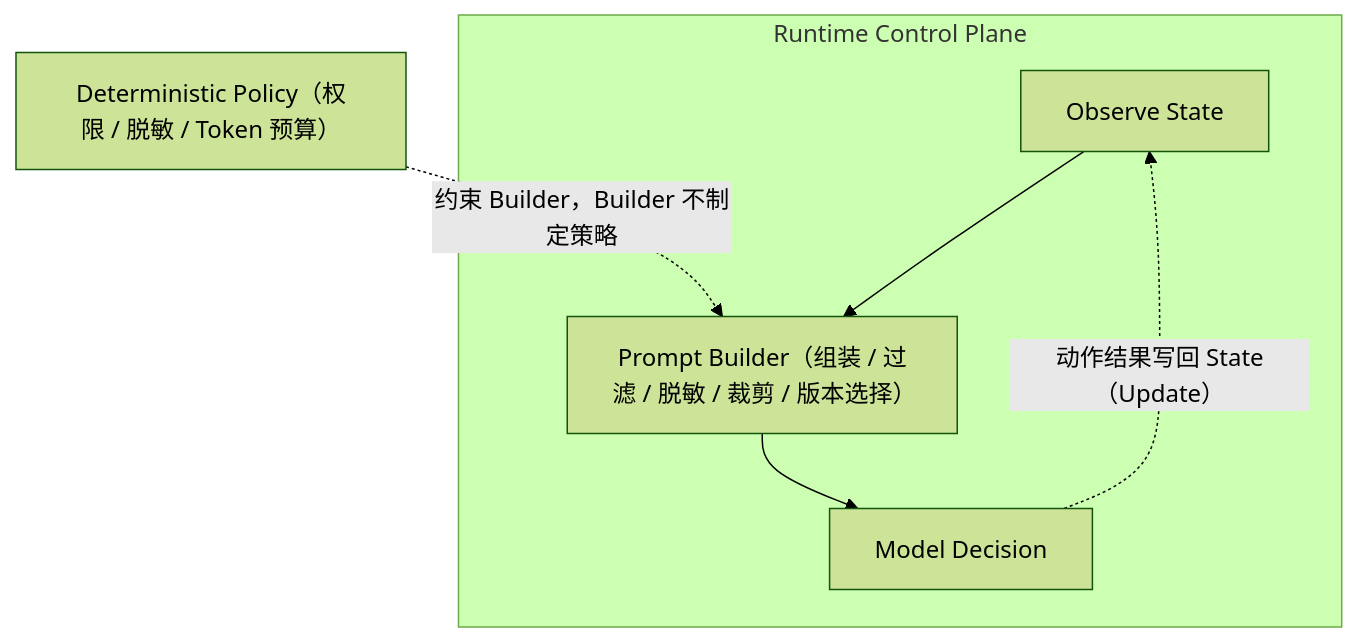
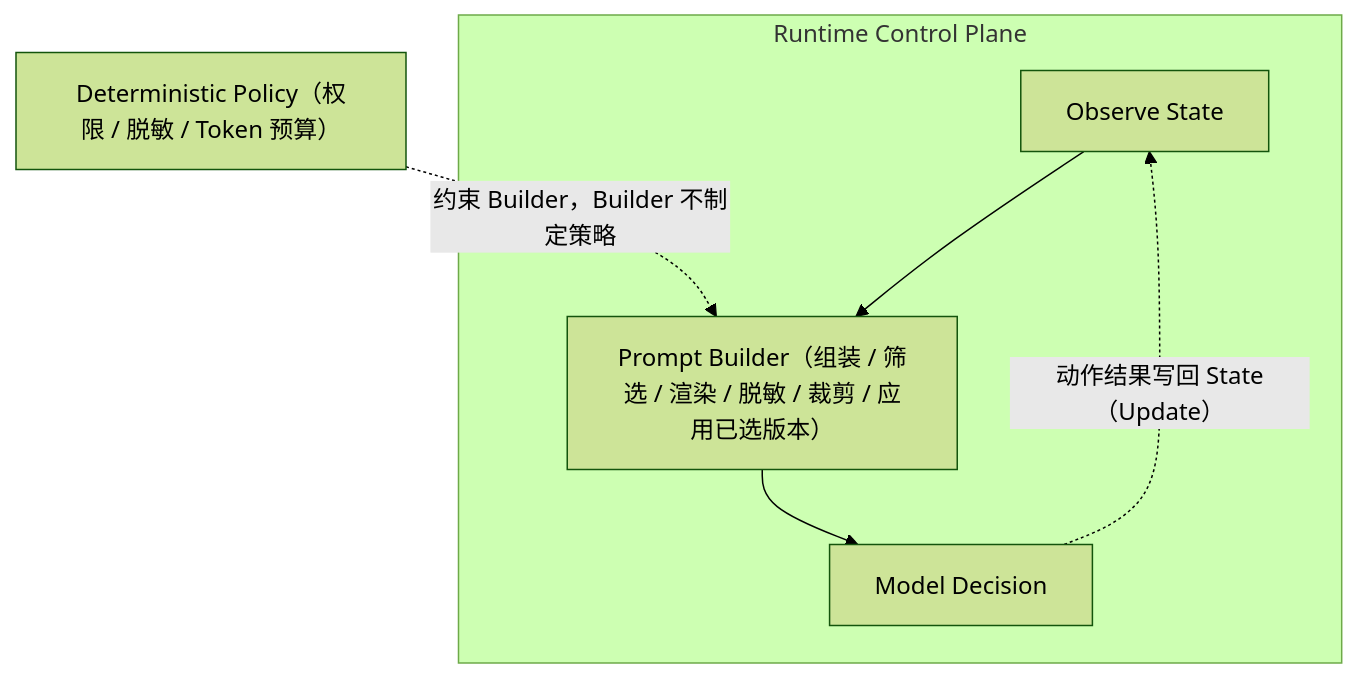
Before and after one commit to AnRun-M/enterprise-ai-agent-handbook: the fifth of 5 diagrams in docs/02-agent-runtime/ch04-prompt-builder.md, drawn with Mermaid (forest theme). The commit also changed other lines of this file, not shown here.

Commit message:
docs: refine prompt builder contract boundaries

````diff
--- a/docs/02-agent-runtime/ch04-prompt-builder.md
+++ b/docs/02-agent-runtime/ch04-prompt-builder.md
@@ -139,11 +161,11 @@
 ```mermaid
 flowchart TD
     subgraph RCP["Runtime Control Plane"]
         O["Observe State"]
-        B["Prompt Builder（组装 / 过滤 / 脱敏 / 裁剪 / 版本选择）"]
+        B["Prompt Builder（组装 / 筛选 / 渲染 / 脱敏 / 裁剪 / 应用已选版本）"]
         D["Model Decision"]
     end
     P["Deterministic Policy（权限 / 脱敏 / Token 预算）"] -. "约束 Builder，Builder 不制定策略" .-> B
     O --> B --> D
     D -. "动作结果写回 State（Update）" .-> O
 ```
````
